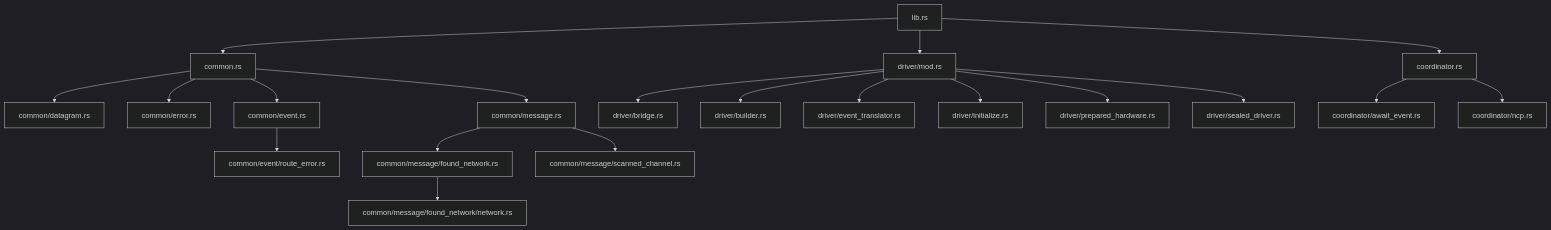
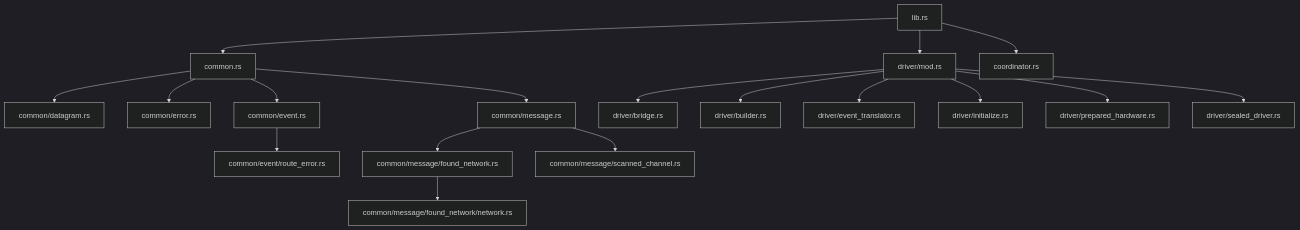
The fourth of 4 diagrams in apis-saltans-hw/ARCHITECTURE.md (PaulmannLighting/apis-saltans), drawn with Mermaid (dark theme) before and after one commit. The commit also changed other lines of this file and 4 other files, not shown here.

````diff
--- a/apis-saltans-hw/ARCHITECTURE.md
+++ b/apis-saltans-hw/ARCHITECTURE.md
@@ -192,22 +191,20 @@
 ```mermaid
 flowchart TD
     lib["lib.rs"] --> common["common.rs"]
     lib --> driver["driver/mod.rs"]
     lib --> coordinator["coordinator.rs"]
     common --> datagram["common/datagram.rs"]
     common --> error["common/error.rs"]
     common --> event["common/event.rs"]
     event --> route_error["common/event/route_error.rs"]
     common --> message["common/message.rs"]
     message --> found_network["common/message/found_network.rs"]
     found_network --> network["common/message/found_network/network.rs"]
     message --> scanned_channel["common/message/scanned_channel.rs"]
     driver --> bridge["driver/bridge.rs"]
     driver --> builder["driver/builder.rs"]
     driver --> event_translator["driver/event_translator.rs"]
     driver --> initialize["driver/initialize.rs"]
     driver --> prepared_hardware["driver/prepared_hardware.rs"]
     driver --> sealed_driver["driver/sealed_driver.rs"]
-    coordinator --> await_event["coordinator/await_event.rs"]
-    coordinator --> ncp["coordinator/ncp.rs"]
 ```
````
